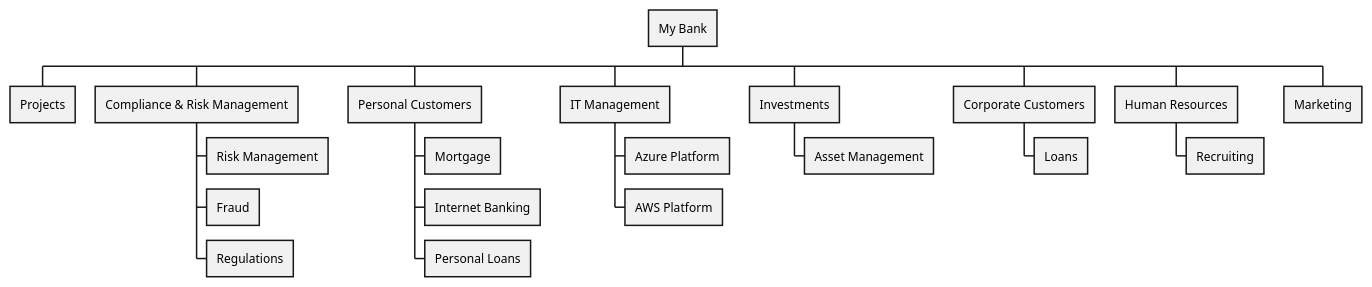
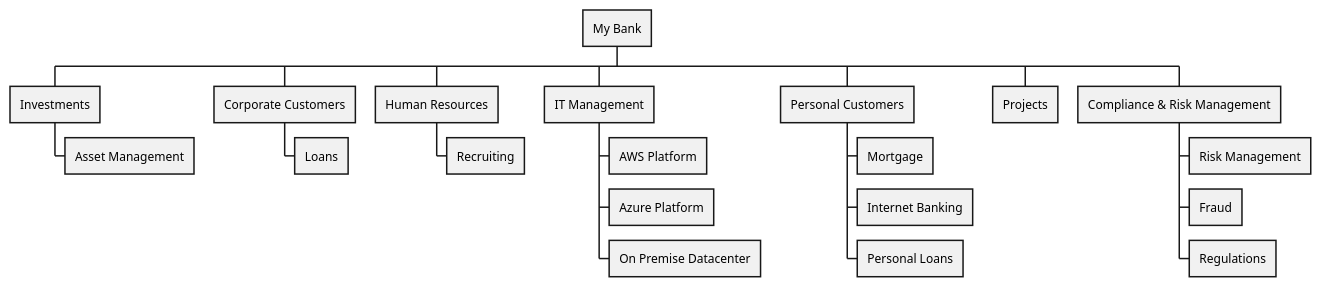
The diagram in docs/mybank/organization/organization-structure-view.puml (soulspace-org/my-bank-model), drawn with PlantUML before and after one commit. The commit also changed 102 other files, not shown here.

```diff
--- a/docs/mybank/organization/organization-structure-view.puml
+++ b/docs/mybank/organization/organization-structure-view.puml
@@ -2,23 +2,23 @@
 @startwbs
 * My Bank
-** Projects
-** Compliance & Risk Management
-*** Risk Management
-*** Fraud
-*** Regulations
-** Personal Customers
-*** Mortgage
-*** Internet Banking
-*** Personal Loans
-** IT Management
-*** Azure Platform
-*** AWS Platform
 ** Investments
 *** Asset Management
 ** Corporate Customers
 *** Loans
 ** Human Resources
 *** Recruiting
-** Marketing
+** IT Management
+*** AWS Platform
+*** Azure Platform
+*** On Premise Datacenter
+** Personal Customers
+*** Mortgage
+*** Internet Banking
+*** Personal Loans
+** Projects
+** Compliance & Risk Management
+*** Risk Management
+*** Fraud
+*** Regulations
 
 @endwbs
```
